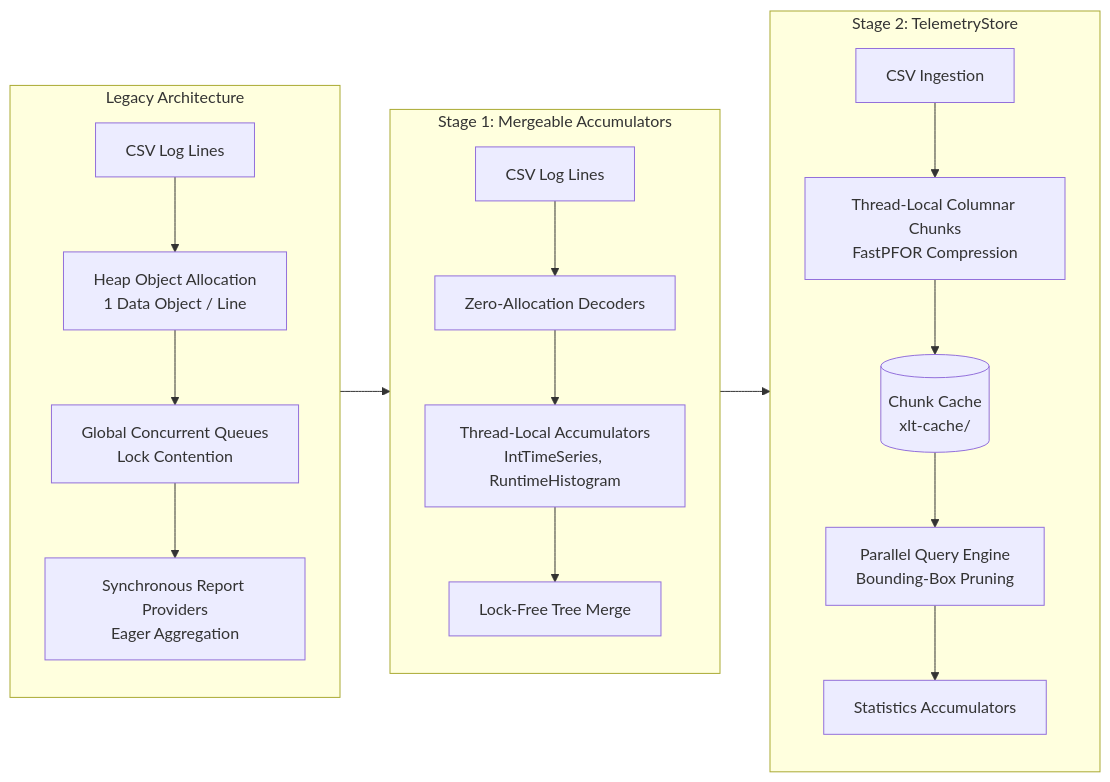
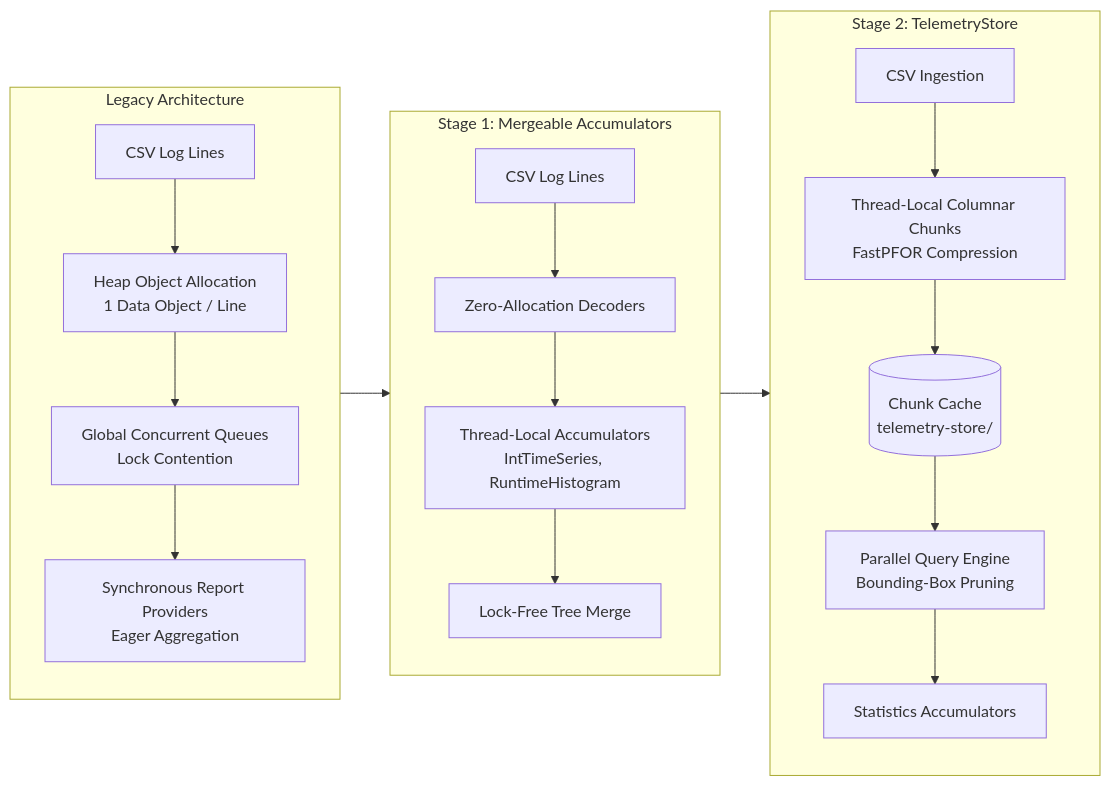
The first of 4 diagrams in doc/feature-doc/XLT-PSEUDO-DB-MODE.md (Xceptance/XLT), drawn with Mermaid before and after one commit. The commit also changed other lines of this file and 15 other files, not shown here.

First line of the commit message:
refactor(report): rename store directory and properties to telemetry-store/telemetryStore and update docs

````diff
--- a/doc/feature-doc/XLT-PSEUDO-DB-MODE.md
+++ b/doc/feature-doc/XLT-PSEUDO-DB-MODE.md
@@ -16,26 +19,26 @@
 ```mermaid
 flowchart LR
     subgraph Legacy ["Legacy Architecture"]
         direction TB
         L1[CSV Log Lines] --> L2[Heap Object Allocation<br/>1 Data Object / Line]
         L2 --> L3[Global Concurrent Queues<br/>Lock Contention]
         L3 --> L4[Synchronous Report Providers<br/>Eager Aggregation]
     end
 
     subgraph Stage1 ["Stage 1: Mergeable Accumulators"]
         direction TB
         S1[CSV Log Lines] --> S2[Zero-Allocation Decoders]
         S2 --> S3[Thread-Local Accumulators<br/>IntTimeSeries, RuntimeHistogram]
         S3 --> S4[Lock-Free Tree Merge]
     end
 
     subgraph Stage2 ["Stage 2: TelemetryStore"]
         direction TB
         C1[CSV Ingestion] --> C2[Thread-Local Columnar Chunks<br/>FastPFOR Compression]
-        C2 --> C3[(Chunk Cache<br/>xlt-cache/)]
+        C2 --> C3[(Chunk Cache<br/>telemetry-store/)]
         C3 --> C4[Parallel Query Engine<br/>Bounding-Box Pruning]
         C4 --> C5[Statistics Accumulators]
     end
 
     Legacy --> Stage1 --> Stage2
 ```
````
